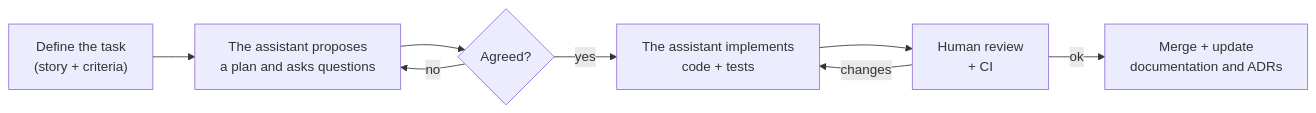
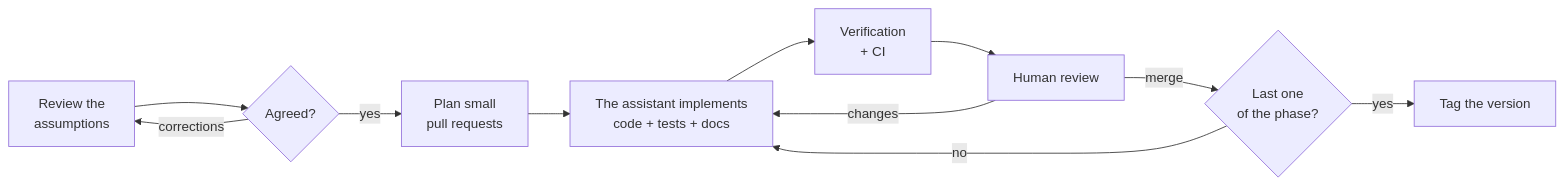
One commit to paulaciano/streamstories changed the diagram in docs/08-ai-assisted-development.md. Above: the diagram before and after it, drawn with Mermaid. The commit also changed other lines of this file and 2 other files, not shown here.

````diff
--- a/docs/08-ai-assisted-development.md
+++ b/docs/08-ai-assisted-development.md
@@ -15,10 +29,13 @@
 ```mermaid
 flowchart LR
-    A["Define the task<br/>(story + criteria)"] --> B["The assistant proposes<br/>a plan and asks questions"]
-    B --> C{"Agreed?"}
-    C -- no --> B
-    C -- yes --> D["The assistant implements<br/>code + tests"]
-    D --> E["Human review<br/>+ CI"]
-    E -- changes --> D
-    E -- ok --> F["Merge + update<br/>documentation and ADRs"]
+    A["Review the<br/>assumptions"] --> B{"Agreed?"}
+    B -- corrections --> A
+    B -- yes --> C["Plan small<br/>pull requests"]
+    C --> D["The assistant implements<br/>code + tests + docs"]
+    D --> E["Verification<br/>+ CI"]
+    E --> F["Human review"]
+    F -- changes --> D
+    F -- merge --> G{"Last one<br/>of the phase?"}
+    G -- no --> D
+    G -- yes --> H["Tag the version"]
 ```
````
